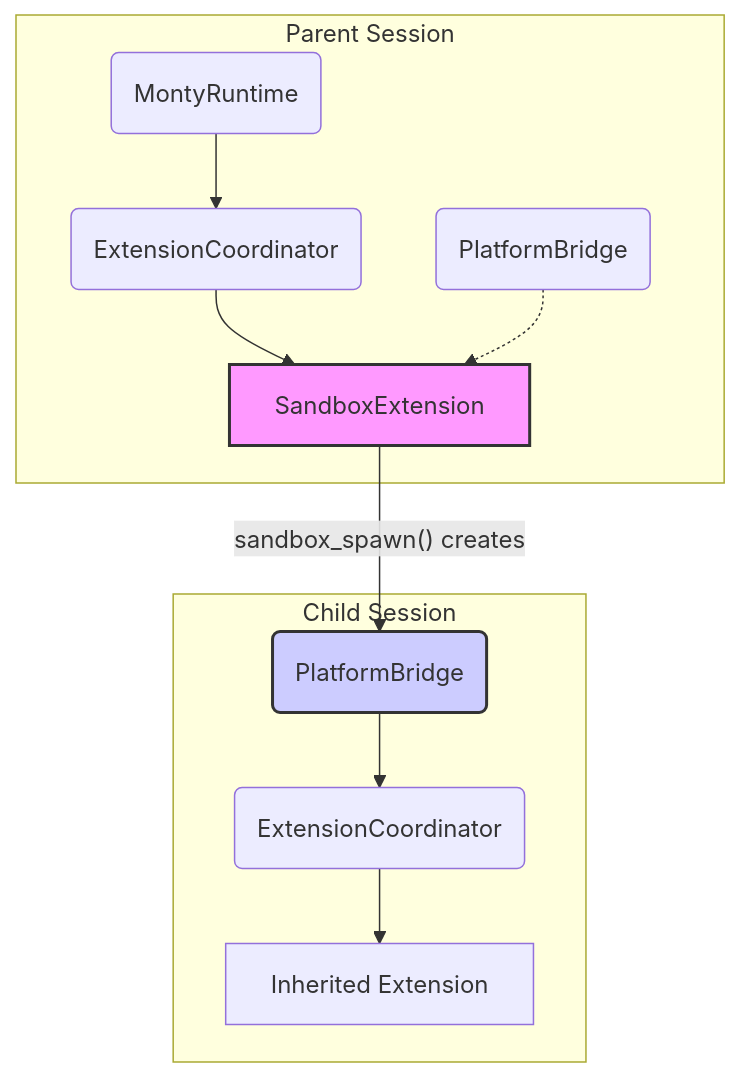
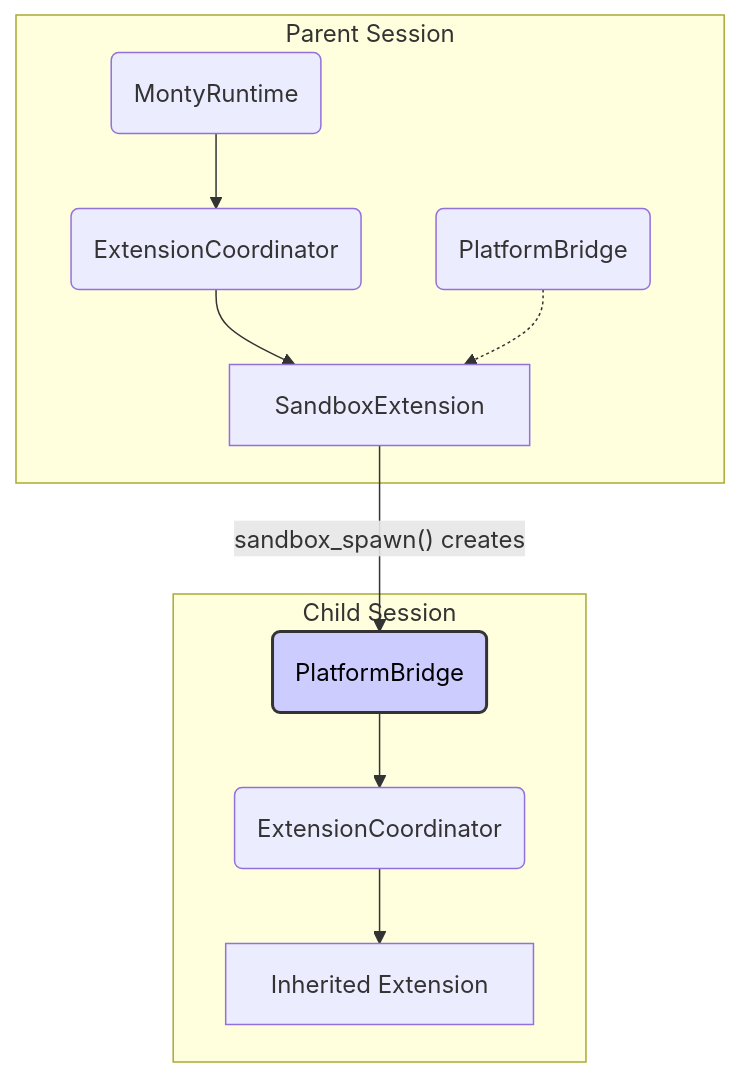
One commit to runyaga/dart_monty changed the diagram in docs/deep-dives/sandbox-architecture.md. Above: the diagram before and after it, drawn with Mermaid. The commit also changed 7 other files, not shown here.

Commit message:
feat(docs): complete documentation overhaul with diagrams

````diff
--- a/docs/deep-dives/sandbox-architecture.md
+++ b/docs/deep-dives/sandbox-architecture.md
@@ -14,26 +14,25 @@
 ```mermaid
 graph TD
     subgraph Parent Session
         A(MontyRuntime)
         B(ExtensionCoordinator)
         C(PlatformBridge)
         D[SandboxExtension]
     end
 
     subgraph Child Session
         F(PlatformBridge)
         G(ExtensionCoordinator)
         H[Inherited Extension]
     end
 
     A --> B
     B --> D
     C -.-> D
 
     D -- "sandbox_spawn()" creates --> F
     F --> G
     G --> H
 
-    style D fill:#f9f,stroke:#333,stroke-width:2px
-    style F fill:#ccf,stroke:#333,stroke-width:2px
+    style F fill:#ccf,stroke:#333,stroke-width:2px,color:#000
 ```
````
